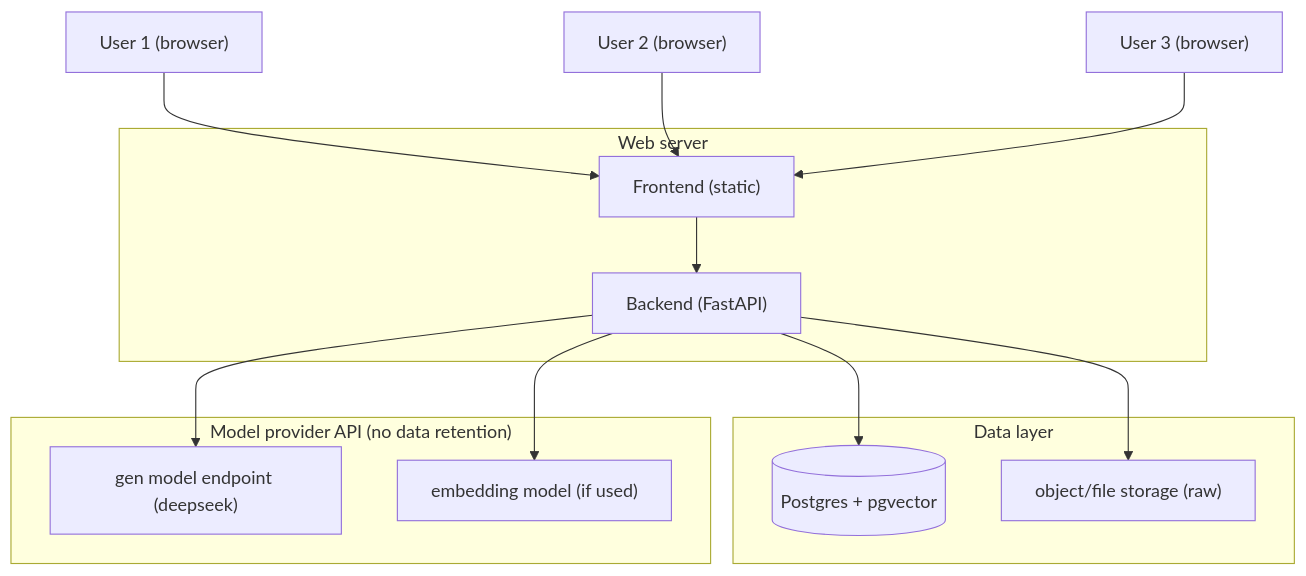
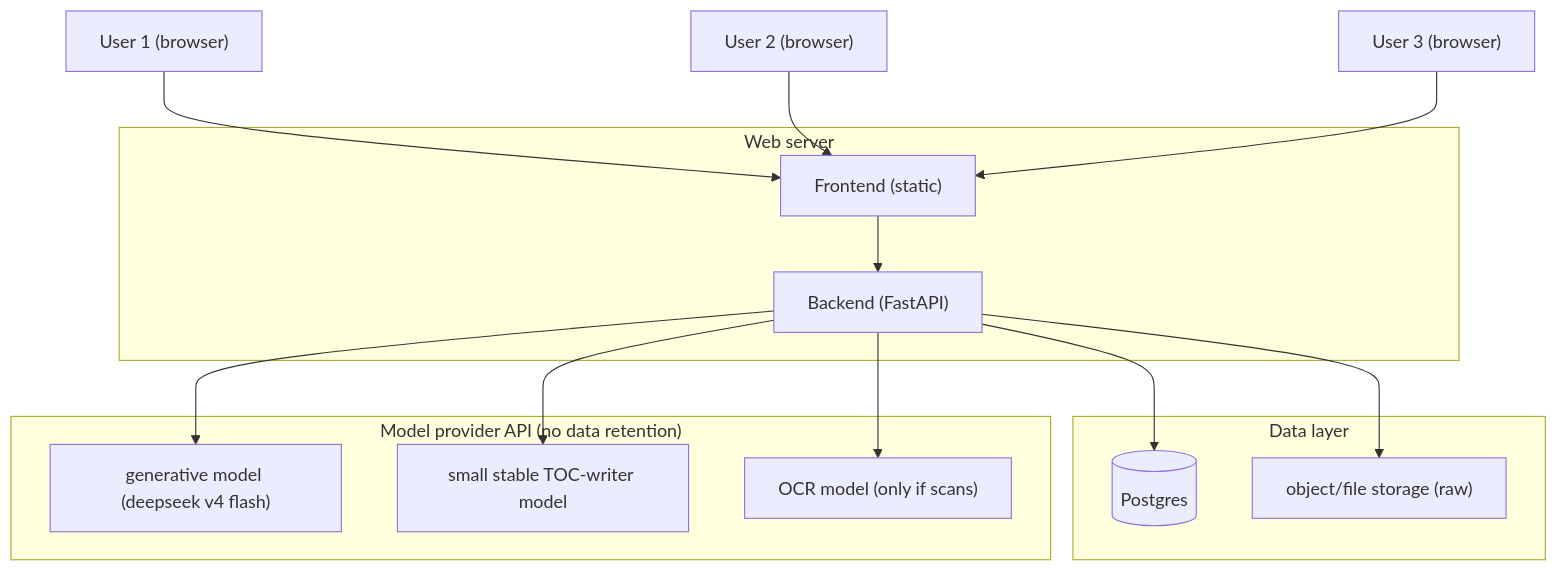
Diagram 19 of 19 in system.md (RileyK05/Stacks), drawn with Mermaid before and after one commit. The commit also changed other lines of this file and 15 other files, not shown here.

````diff
--- a/system.md
+++ b/system.md
@@ -682,30 +753,32 @@
 ```mermaid
 flowchart TB
     U1["User 1 (browser)"]
     U2["User 2 (browser)"]
     U3["User 3 (browser)"]
 
     subgraph Web["Web server"]
         FE["Frontend (static)"]
         BE["Backend (FastAPI)"]
     end
 
     subgraph Data["Data layer"]
-        PG[("Postgres + pgvector")]
+        PG[("Postgres")]
         STORE["object/file storage (raw)"]
     end
 
     subgraph AI["Model provider API (no data retention)"]
-        GEN["gen model endpoint (deepseek)"]
-        EMB["embedding model (if used)"]
+        GEN["generative model (deepseek v4 flash)"]
+        TOC["small stable TOC-writer model"]
+        OCR["OCR model (only if scans)"]
     end
 
     U1 --> FE
     U2 --> FE
     U3 --> FE
     FE --> BE
     BE --> PG
     BE --> STORE
     BE --> GEN
-    BE --> EMB
+    BE --> TOC
+    BE --> OCR
 ```
````
